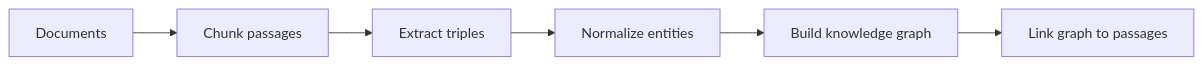
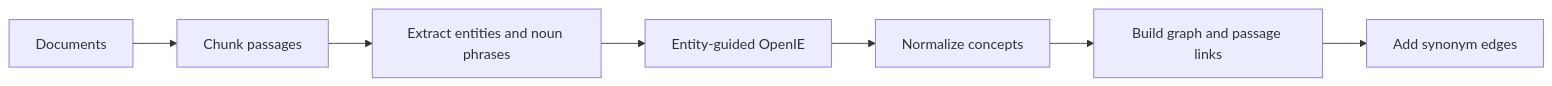
Before and after one commit to Subhash3/wiki-base: the first of 2 diagrams in packages/graph-rag/README.md, drawn with Mermaid. The commit also changed other lines of this file and 34 other files, not shown here.

Commit message:
Add entity-guided graph indexing and contextual retrieval

````diff
--- a/packages/graph-rag/README.md
+++ b/packages/graph-rag/README.md
@@ -7,8 +7,9 @@
 ```mermaid
 flowchart LR
     A[Documents] --> B[Chunk passages]
-    B --> C[Extract triples]
-    C --> D[Normalize entities]
-    D --> E[Build knowledge graph]
-    E --> F[Link graph to passages]
+    B --> C[Extract entities and noun phrases]
+    C --> D[Entity-guided OpenIE]
+    D --> E[Normalize concepts]
+    E --> F[Build graph and passage links]
+    F --> G[Add synonym edges]
 ```
````
